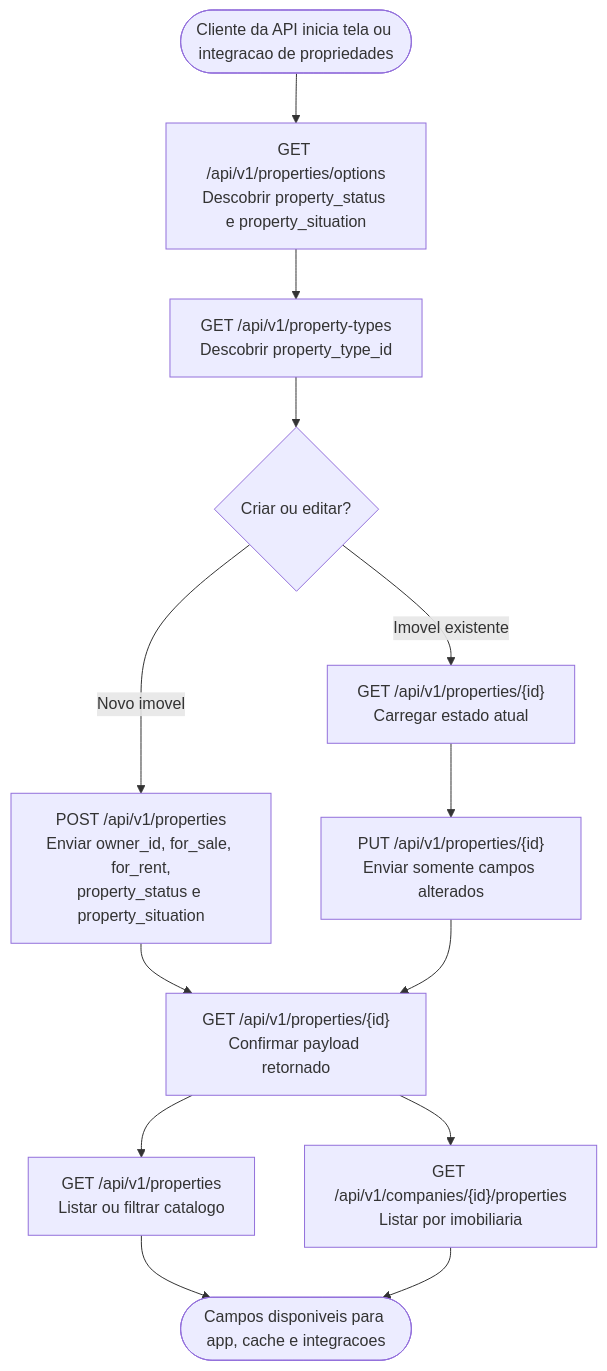
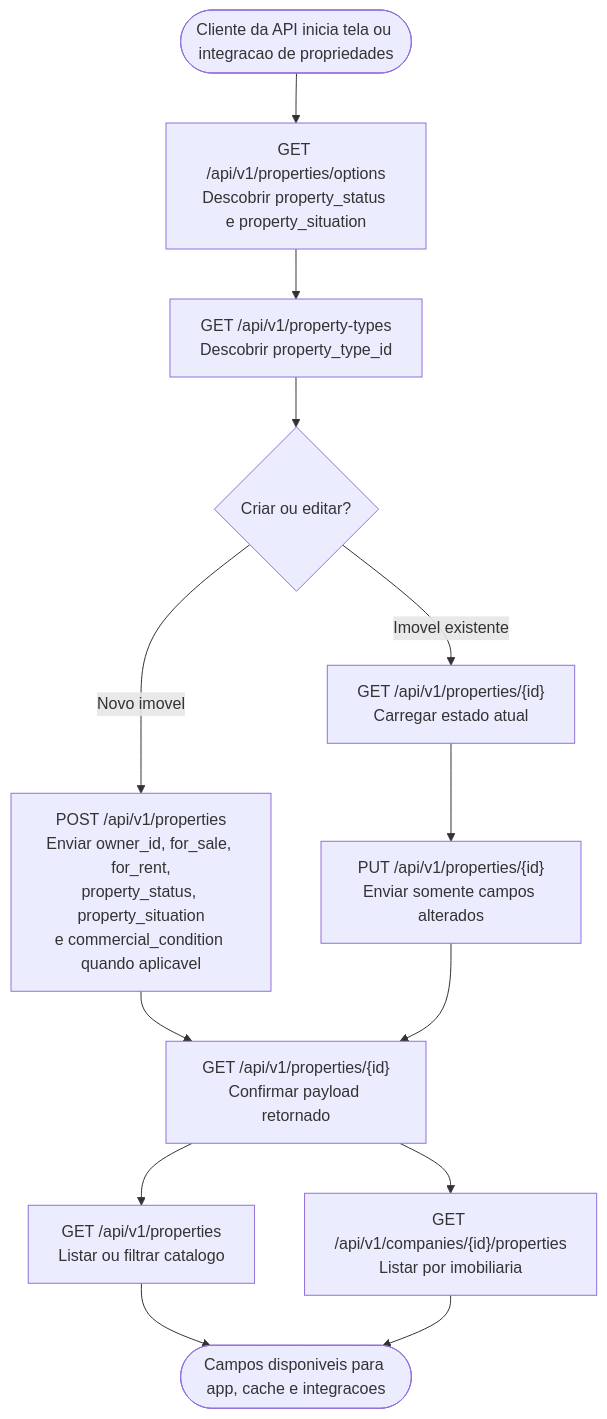
The first of 12 diagrams in specs/018-property-status-options/flowcharts.md (luanalves/realestate_backend), drawn with Mermaid before and after one commit. The commit also changed other lines of this file and 1 other file, not shown here.

Commit message:
Document property commercial condition flow

````diff
--- a/specs/018-property-status-options/flowcharts.md
+++ b/specs/018-property-status-options/flowcharts.md
@@ -64,20 +68,20 @@
 ```mermaid
 flowchart TD
     Start([Cliente da API inicia tela ou integracao de propriedades]) --> O1
 
     O1["GET /api/v1/properties/options\nDescobrir property_status e property_situation"] --> O2
     O2["GET /api/v1/property-types\nDescobrir property_type_id"] --> Decision{Criar ou editar?}
 
-    Decision -->|Novo imovel| C1["POST /api/v1/properties\nEnviar owner_id, for_sale, for_rent,\nproperty_status e property_situation"]
+    Decision -->|Novo imovel| C1["POST /api/v1/properties\nEnviar owner_id, for_sale, for_rent,\nproperty_status, property_situation\ne commercial_condition quando aplicavel"]
     Decision -->|Imovel existente| E1["GET /api/v1/properties/{id}\nCarregar estado atual"]
 
     C1 --> V1["GET /api/v1/properties/{id}\nConfirmar payload retornado"]
     E1 --> E2["PUT /api/v1/properties/{id}\nEnviar somente campos alterados"]
     E2 --> V1
 
     V1 --> L1["GET /api/v1/properties\nListar ou filtrar catalogo"]
     V1 --> CP1["GET /api/v1/companies/{id}/properties\nListar por imobiliaria"]
 
     L1 --> Done([Campos disponiveis para app, cache e integracoes])
     CP1 --> Done
 ```
````
